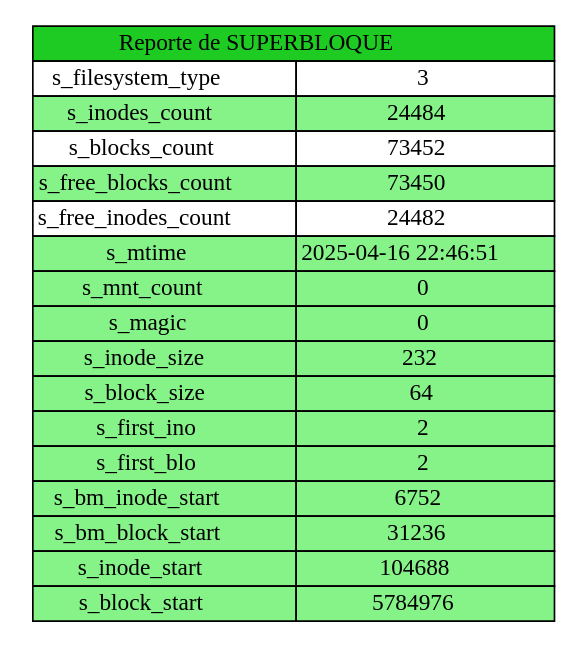
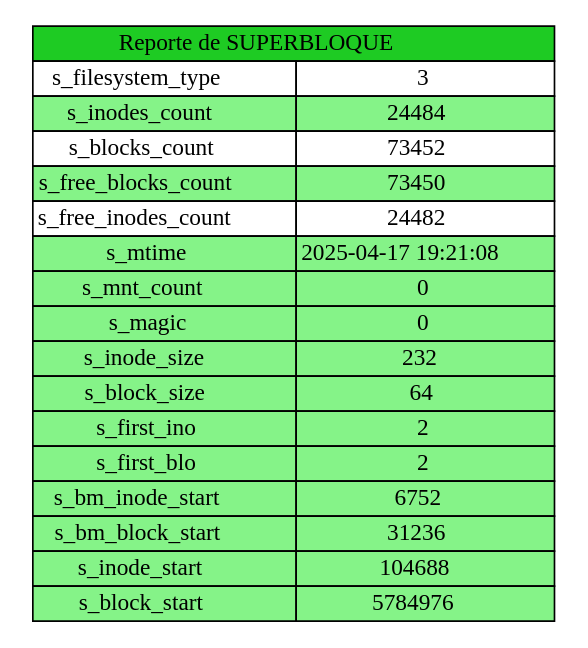
One commit to melgxrga/MIA_1S2025_P2_202302549 changed the diagram in reports/p4_r5_sb.dot. Above: the diagram before and after it, drawn with Graphviz. The commit also changed 12 other files, not shown here.

```diff
--- a/reports/p4_r5_sb.dot
+++ b/reports/p4_r5_sb.dot
@@ -1,24 +1,24 @@
 digraph {
 	node [shape=plaintext]
 	table [label=<
 		<TABLE BORDER="0" CELLBORDER="1" CELLSPACING="0">
 			<TR><TD bgcolor="#1ECB23" COLSPAN="2"> Reporte de SUPERBLOQUE </TD></TR>
 			<TR><TD> s_filesystem_type </TD><TD>3</TD></TR>
 			<TR><TD bgcolor="#85F388"> s_inodes_count </TD><TD bgcolor="#85F388">24484</TD></TR>
 			<TR><TD> s_blocks_count </TD><TD>73452</TD></TR>
 			<TR><TD bgcolor="#85F388"> s_free_blocks_count </TD><TD bgcolor="#85F388">73450</TD></TR>
 			<TR><TD> s_free_inodes_count </TD><TD>24482</TD></TR>
-			<TR><TD bgcolor="#85F388"> s_mtime </TD><TD bgcolor="#85F388">2025-04-16 22:46:51</TD></TR>
+			<TR><TD bgcolor="#85F388"> s_mtime </TD><TD bgcolor="#85F388">2025-04-17 19:21:08</TD></TR>
 			<TR><TD bgcolor="#85F388"> s_mnt_count </TD><TD bgcolor="#85F388">0</TD></TR>
 			<TR><TD bgcolor="#85F388"> s_magic </TD><TD bgcolor="#85F388">0</TD></TR>
 			<TR><TD bgcolor="#85F388"> s_inode_size </TD><TD bgcolor="#85F388">232</TD></TR>
 			<TR><TD bgcolor="#85F388"> s_block_size </TD><TD bgcolor="#85F388">64</TD></TR>
 			<TR><TD bgcolor="#85F388"> s_first_ino </TD><TD bgcolor="#85F388">2</TD></TR>
 			<TR><TD bgcolor="#85F388"> s_first_blo </TD><TD bgcolor="#85F388">2</TD></TR>
 			<TR><TD bgcolor="#85F388"> s_bm_inode_start </TD><TD bgcolor="#85F388">6752</TD></TR>
 			<TR><TD bgcolor="#85F388"> s_bm_block_start </TD><TD bgcolor="#85F388">31236</TD></TR>
 			<TR><TD bgcolor="#85F388"> s_inode_start </TD><TD bgcolor="#85F388">104688</TD></TR>
 			<TR><TD bgcolor="#85F388"> s_block_start </TD><TD bgcolor="#85F388">5784976</TD></TR>
 		</TABLE>
 	>]
 }
```
